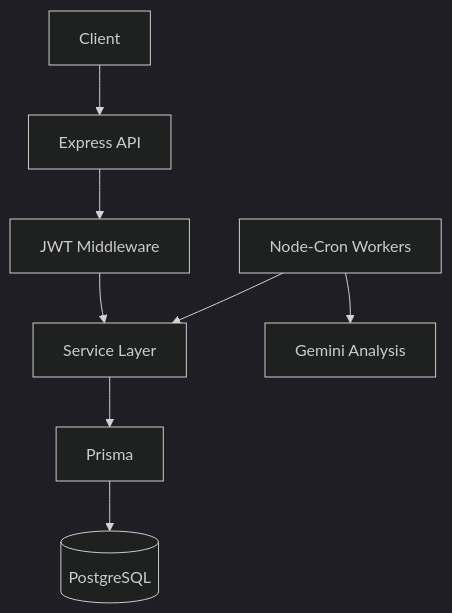
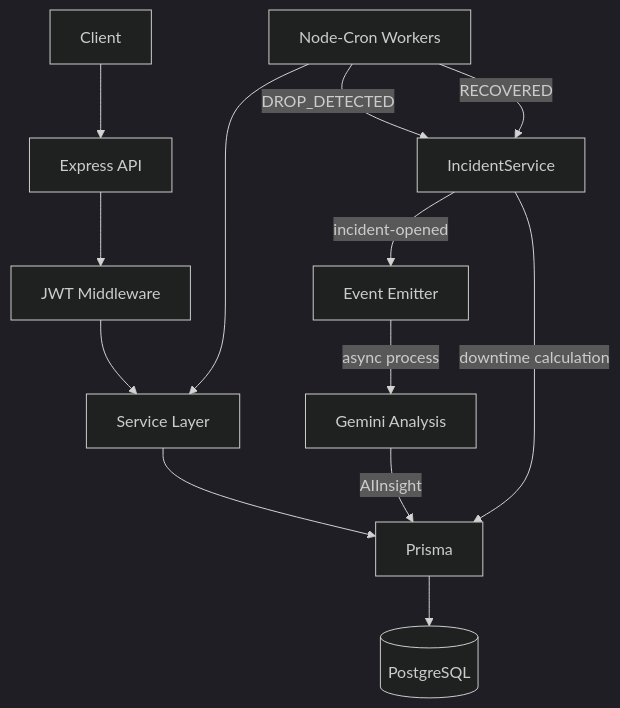
The diagram in README.md (LENINMORENO13/OpsMind), drawn with Mermaid (dark theme) before and after one commit. The commit also changed other lines of this file and 6 other files, not shown here.

````diff
--- a/README.md
+++ b/README.md
@@ -60,11 +67,18 @@
 ```mermaid
 graph TD
-Client --> API[Express API]
-API --> Auth[JWT Middleware]
-Auth --> Services[Service Layer]
-Services --> Prisma
-Prisma --> DB[(PostgreSQL)]
+    Client --> API[Express API]
+    API --> Auth[JWT Middleware]
+    Auth --> Services[Service Layer]
+    Services --> Prisma
+    Prisma --> DB[(PostgreSQL)]
 
-Workers[Node-Cron Workers] --> Services
-Workers --> IA[Gemini Analysis]
+    Workers[Node-Cron Workers] --> Services
+    Workers -->|DROP_DETECTED| IncidentService
+    Workers -->|RECOVERED| IncidentService
+
+    IncidentService -->|incident-opened| Emitter[Event Emitter]
+    Emitter -->|async process| AIService[Gemini Analysis]
+    AIService -->|AIInsight| Prisma
+
+    IncidentService -->|downtime calculation| Prisma
 ```
````
